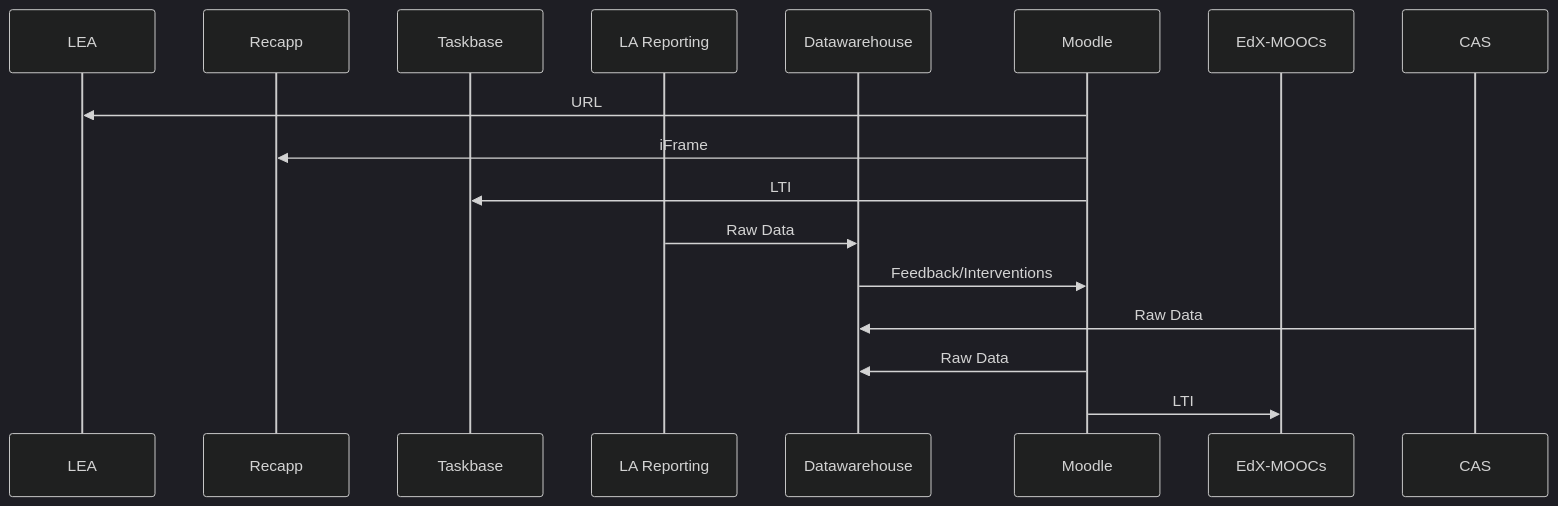
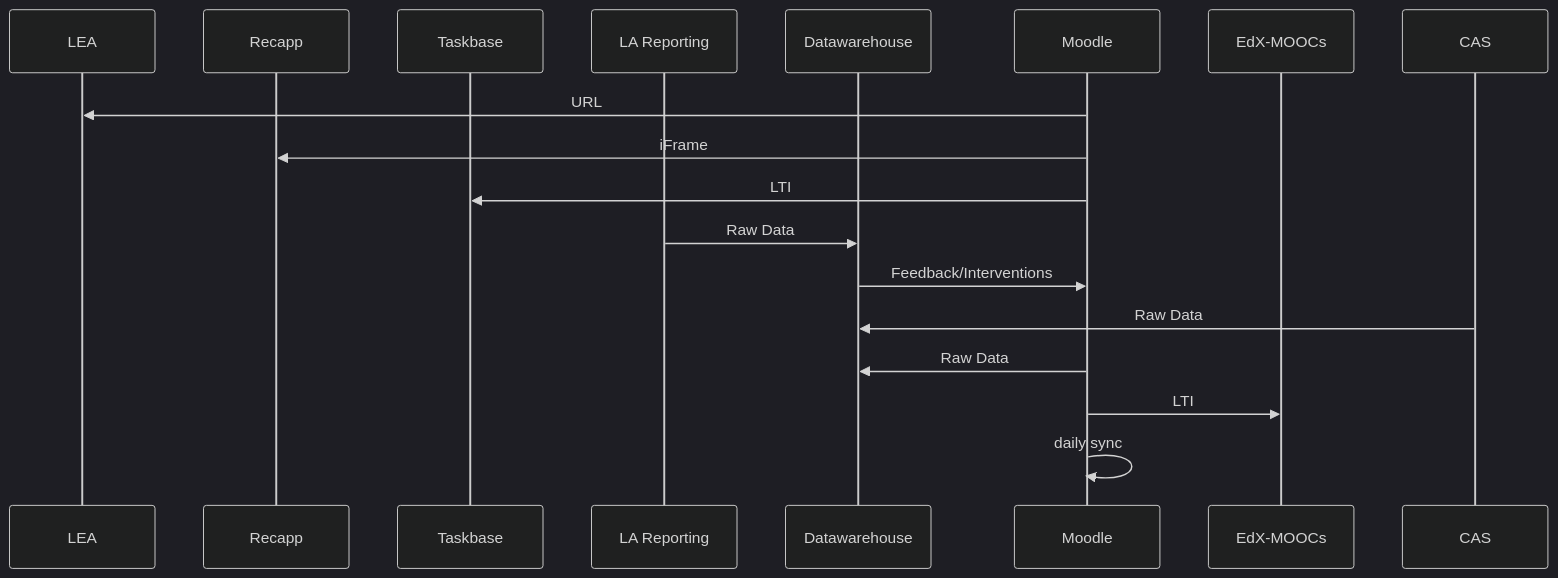
The diagram in schematest.md (tp3900/pagedemo), drawn with Mermaid (dark theme) before and after one commit.

````diff
--- a/schematest.md
+++ b/schematest.md
@@ -1,23 +1,24 @@
 ```mermaid
 sequenceDiagram
    # participant External Database
    # participant VR 
 
     participant LEA
     participant Recapp
     participant Taskbase
     participant LA Reporting
     participant Datawarehouse
     participant Moodle
     participant EdX-MOOCs
     participant CAS
     Moodle->>LEA: URL
     Moodle->>Recapp: iFrame
     Moodle->>Taskbase: LTI
     LA Reporting->>Datawarehouse: Raw Data
     Datawarehouse->>Moodle: Feedback/Interventions
     CAS->>Datawarehouse: Raw Data
     Moodle->>Datawarehouse: Raw Data
     Moodle->>EdX-MOOCs: LTI
+    Moodle->>Moodle: daily sync
   
 ```
````
